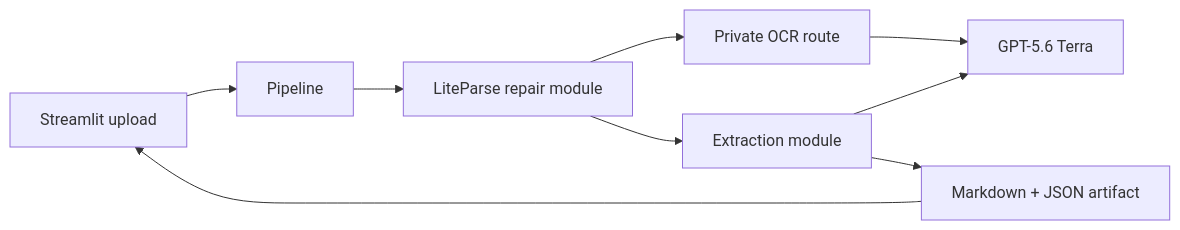
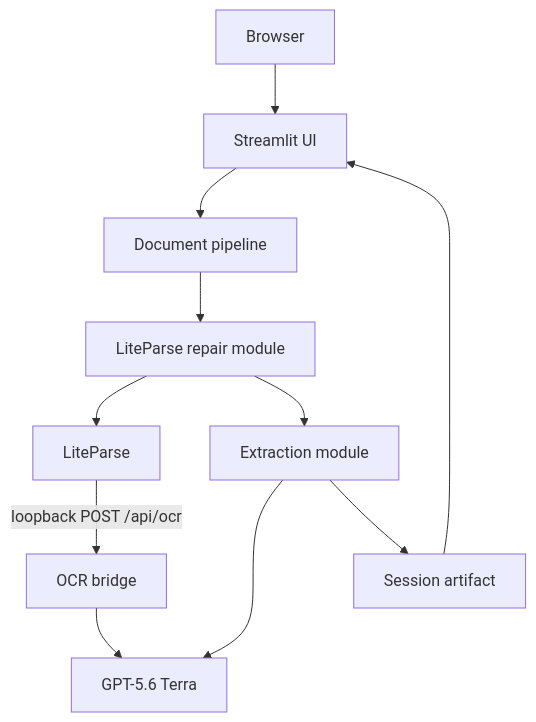
One commit to pypi-ahmad/liteparse-agentic-document-extraction changed the diagram in docs/codebase/architecture.md. Above: the diagram before and after it, drawn with Mermaid. The commit also changed other lines of this file and 17 other files, not shown here.

````diff
--- a/docs/codebase/architecture.md
+++ b/docs/codebase/architecture.md
@@ -7,11 +9,13 @@
 ```mermaid
-flowchart LR
-  U[Streamlit upload] --> P[Pipeline]
-  P --> R[LiteParse repair module]
-  R --> O[Private OCR route]
-  O --> T[GPT-5.6 Terra]
-  R --> E[Extraction module]
-  E --> T
-  E --> A[Markdown + JSON artifact]
-  A --> U
+flowchart TB
+    Browser[Browser] --> UI[Streamlit UI]
+    UI --> Pipeline[Document pipeline]
+    Pipeline --> Repair[LiteParse repair module]
+    Repair --> LiteParse[LiteParse]
+    LiteParse -->|loopback POST /api/ocr| Bridge[OCR bridge]
+    Bridge --> Terra[GPT-5.6 Terra]
+    Repair --> Extract[Extraction module]
+    Extract --> Terra
+    Extract --> Artifact[Session artifact]
+    Artifact --> UI
 ```
````
